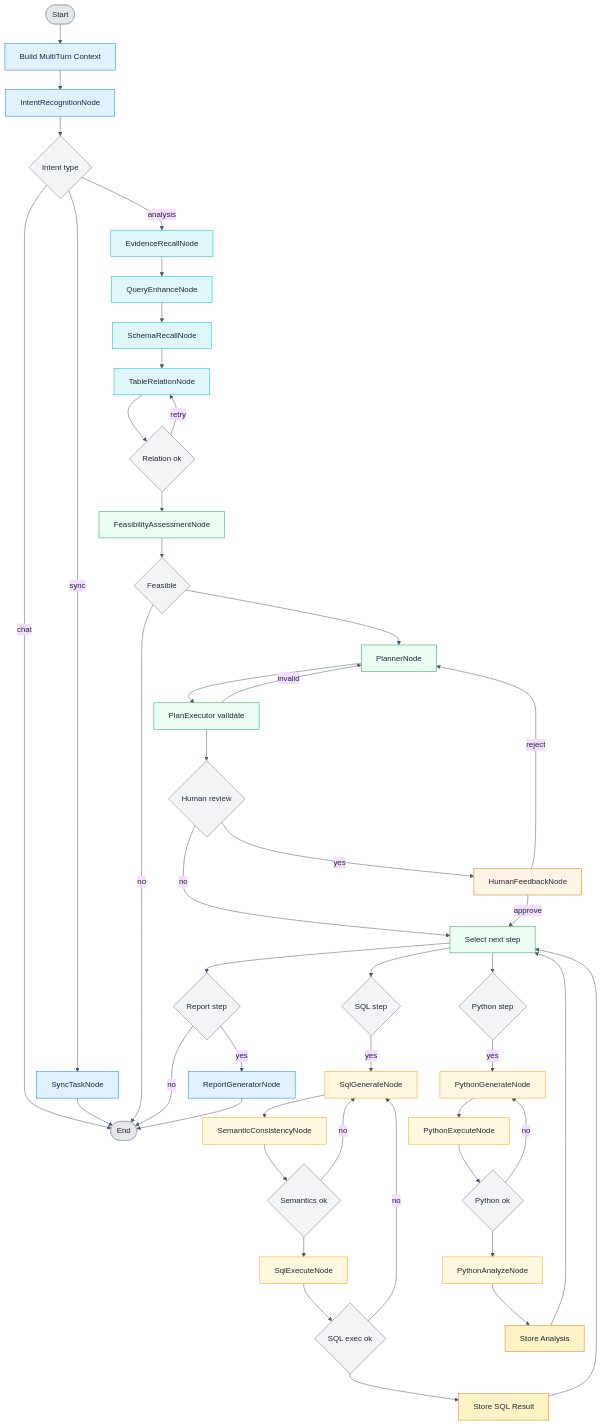
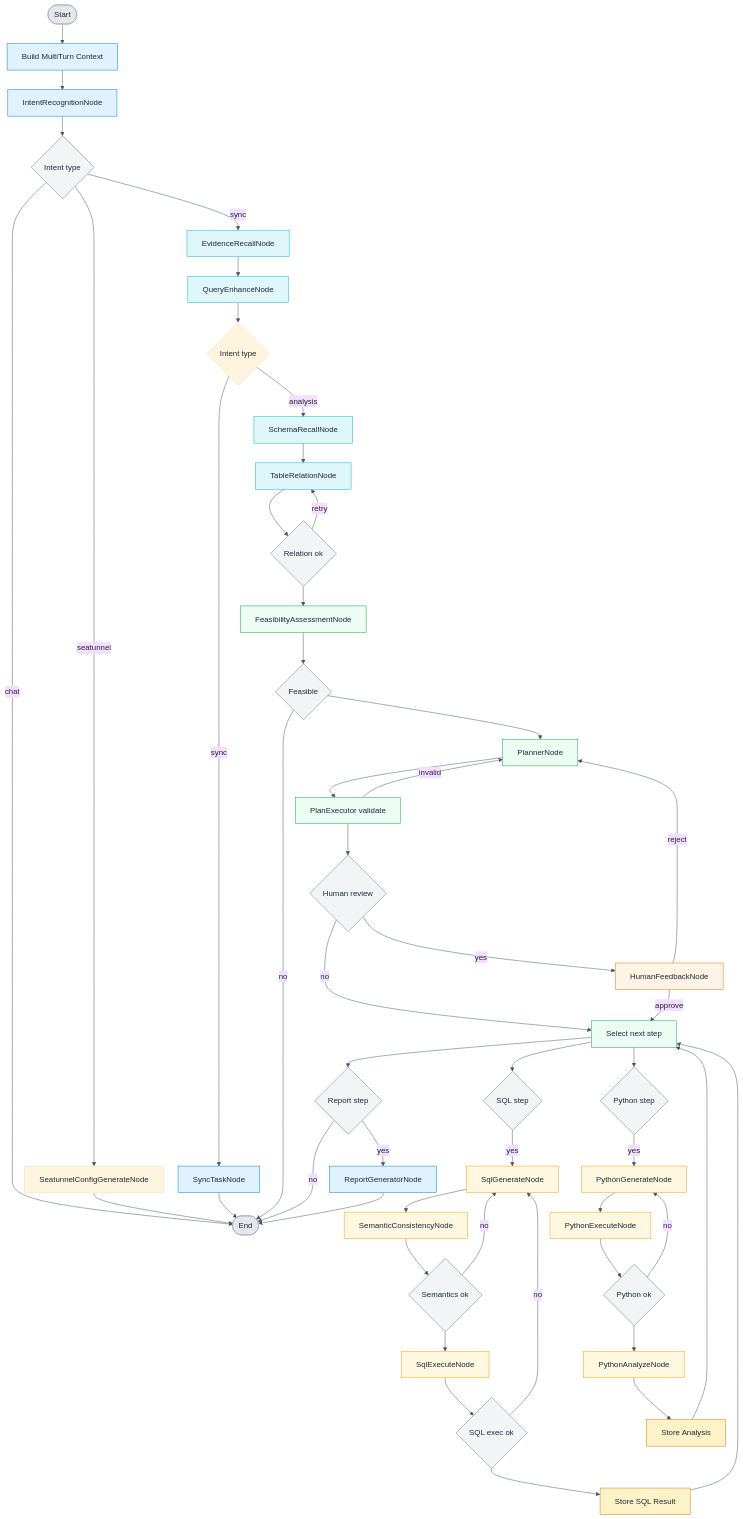
The second of 18 diagrams in docs/ARCHITECTURE.md (Uchiha-Itachi792/DataPlusSeatunnelAgent), drawn with Mermaid before and after one commit. The commit also changed other lines of this file and 15 other files, not shown here.

First line of the commit message:
feat(sync): 数据同步接入 EvidenceRecall 与 QueryEnhance

````diff
--- a/docs/ARCHITECTURE.md
+++ b/docs/ARCHITECTURE.md
@@ -123,74 +123,77 @@
 ```mermaid
 %%{init: {"theme": "base", "flowchart": {"curve": "basis", "nodeSpacing": 30, "rankSpacing": 40}, "themeVariables": {"lineColor": "#475569", "primaryTextColor": "#1F2937"}}}%%
 flowchart TD
   Start([Start]) --> BuildCtx[Build MultiTurn Context]
   BuildCtx --> Intent[IntentRecognitionNode]
   Intent --> IntentGate{Intent type}
   IntentGate -->|chat| End([End])
-  IntentGate -->|sync| SyncNode[SyncTaskNode]
+  IntentGate -->|sync| Evidence[EvidenceRecallNode]
+  IntentGate -->|seatunnel| Seatunnel[SeatunnelConfigGenerateNode]
+  Seatunnel --> End
+  Evidence --> Rewrite[QueryEnhanceNode]
+  Rewrite --> EnhanceGate{Intent type}
+  EnhanceGate -->|sync| SyncNode[SyncTaskNode]
   SyncNode --> End
-  IntentGate -->|analysis| Evidence[EvidenceRecallNode]
-  Evidence --> Rewrite[QueryEnhanceNode]
-  Rewrite --> Schema[SchemaRecallNode]
+  EnhanceGate -->|analysis| Schema[SchemaRecallNode]
   Schema --> Relation[TableRelationNode]
   Relation --> RelGate{Relation ok}
   RelGate -->|retry| Relation
   RelGate --> Feasible[FeasibilityAssessmentNode]
   Feasible --> FeasibleGate{Feasible}
   FeasibleGate -->|no| End
   FeasibleGate --> Planner[PlannerNode]
   Planner --> PlanValidate[PlanExecutor validate]
   PlanValidate -->|invalid| Planner
   PlanValidate --> HumanGate{Human review}
   HumanGate -->|yes| Human[HumanFeedbackNode]
   HumanGate -->|no| StepSelect[Select next step]
 
   Human -->|approve| StepSelect
   Human -->|reject| Planner
 
   StepSelect --> SQLGate{SQL step}
   SQLGate -->|yes| SQLGen[SqlGenerateNode]
   SQLGen --> SemCheck[SemanticConsistencyNode]
   SemCheck --> SemGate{Semantics ok}
   SemGate -->|no| SQLGen
   SemGate --> SQLExec[SqlExecuteNode]
   SQLExec --> SQLGate2{SQL exec ok}
   SQLGate2 -->|no| SQLGen
   SQLGate2 --> StoreSQL[Store SQL Result]
   StoreSQL --> StepSelect
 
   StepSelect --> PyGate{Python step}
   PyGate -->|yes| PyGen[PythonGenerateNode]
   PyGen --> PyExec[PythonExecuteNode]
   PyExec --> PyGate2{Python ok}
   PyGate2 -->|no| PyGen
   PyGate2 --> PyAnalyze[PythonAnalyzeNode]
   PyAnalyze --> StorePy[Store Analysis]
   StorePy --> StepSelect
 
   StepSelect --> ReportGate{Report step}
   ReportGate -->|yes| Report[ReportGeneratorNode]
   ReportGate -->|no| End
   Report --> End
 
   classDef input fill:#E0F2FE,stroke:#0284C7,stroke-width:1px,color:#1F2937;
   classDef retrieval fill:#E0F7FA,stroke:#06B6D4,stroke-width:1px,color:#1F2937;
   classDef planning fill:#ECFDF3,stroke:#16A34A,stroke-width:1px,color:#1F2937;
   classDef decision fill:#F3F4F6,stroke:#6B7280,stroke-width:1px,color:#1F2937;
   classDef execution fill:#FFF8E1,stroke:#F59E0B,stroke-width:1px,color:#1F2937;
   classDef data fill:#FEF3C7,stroke:#D97706,stroke-width:1px,color:#1F2937;
   classDef feedback fill:#FFF4E6,stroke:#D97706,stroke-width:1px,color:#1F2937;
   classDef output fill:#E0F2FE,stroke:#0284C7,stroke-width:1px,color:#1F2937;
   classDef terminal fill:#E5E7EB,stroke:#9CA3AF,stroke-width:1px,color:#1F2937;
 
   class Start,End terminal
   class BuildCtx,Intent input
   class SyncNode input
   class Evidence,Rewrite,Schema,Relation retrieval
   class Feasible,Planner,PlanValidate,StepSelect planning
   class IntentGate,RelGate,FeasibleGate,HumanGate,SQLGate,SemGate,SQLGate2,PyGate,PyGate2,ReportGate decision
   class Human feedback
   class SQLGen,SemCheck,SQLExec,PyGen,PyExec,PyAnalyze execution
   class StoreSQL,StorePy data
   class Report output
 ```
````
